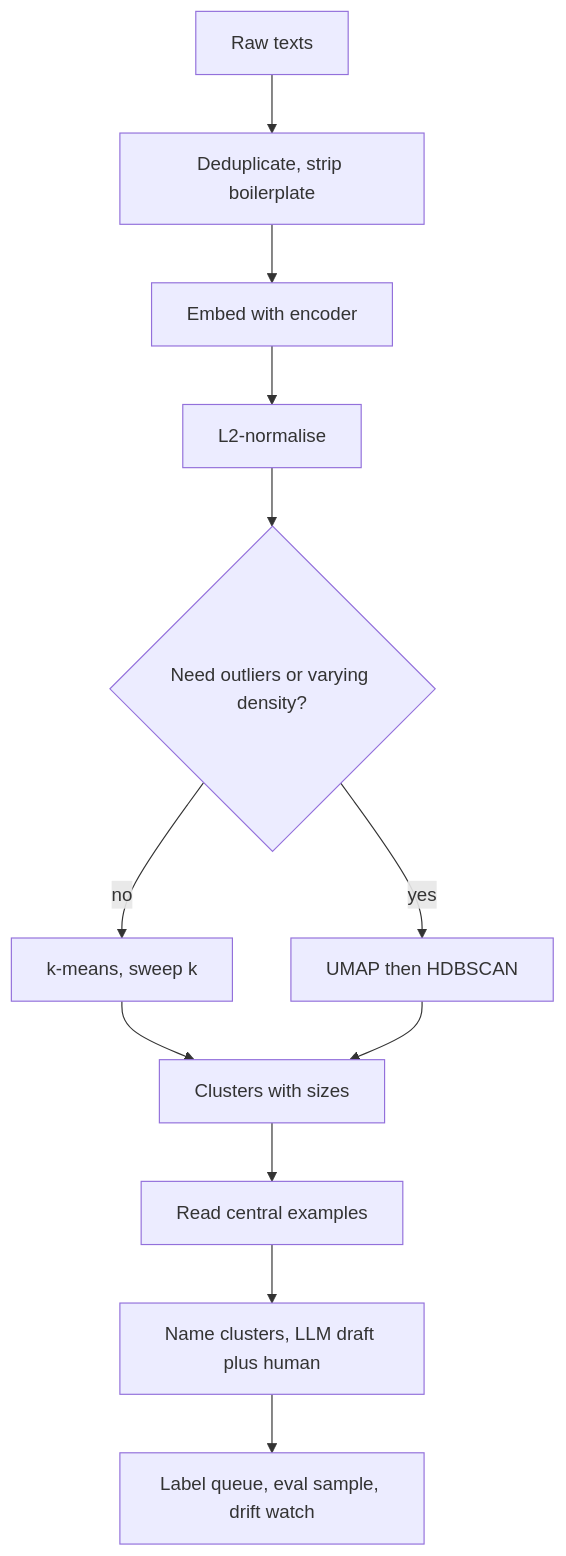
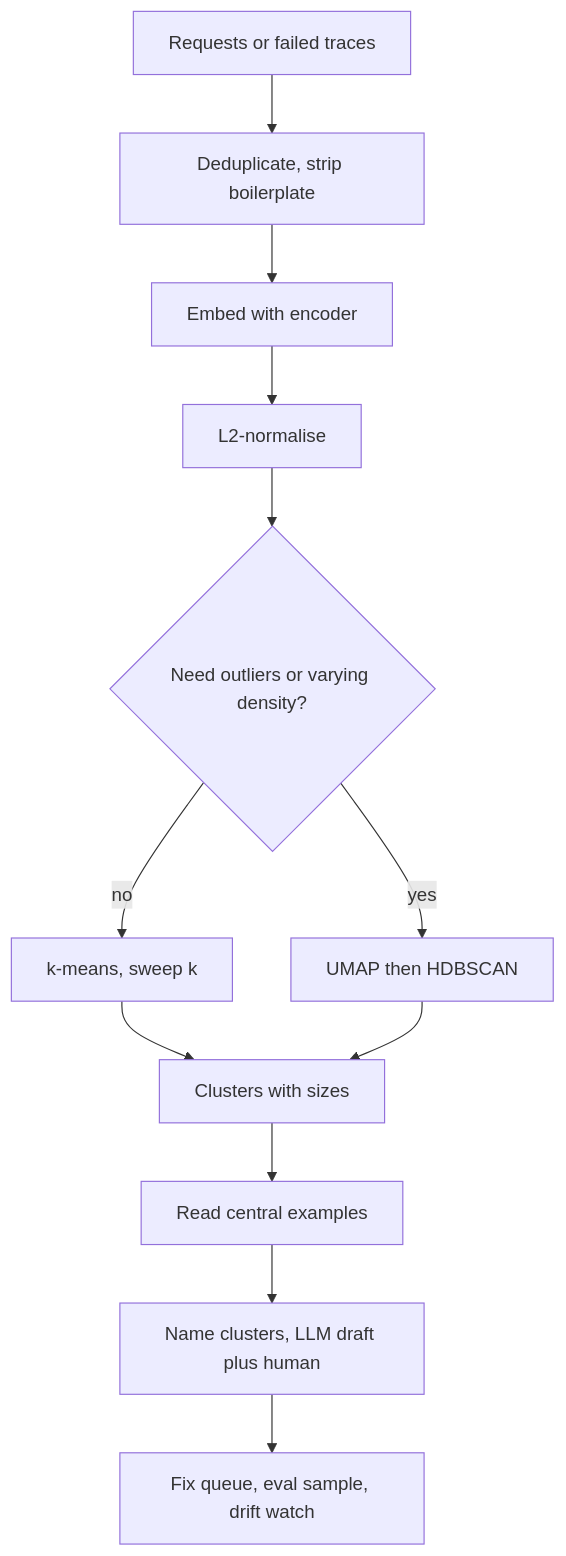
The diagram in content/ml-fundamentals/clustering.md (lovishmahajan97/agentic-learning), drawn with Mermaid before and after one commit. The commit also changed other lines of this file and 485 other files, not shown here.

````diff
--- a/content/ml-fundamentals/clustering.md
+++ b/content/ml-fundamentals/clustering.md
@@ -134,14 +152,14 @@
 ```mermaid
 flowchart TD
-    R["Raw texts"] --> DD["Deduplicate, strip boilerplate"]
+    R["Requests or failed traces"] --> DD["Deduplicate, strip boilerplate"]
     DD --> E["Embed with encoder"]
     E --> N["L2-normalise"]
     N --> Q{"Need outliers or varying density?"}
     Q -->|"no"| KM["k-means, sweep k"]
     Q -->|"yes"| UH["UMAP then HDBSCAN"]
     KM --> C["Clusters with sizes"]
     UH --> C
     C --> RD["Read central examples"]
     RD --> NM["Name clusters, LLM draft plus human"]
-    NM --> USE["Label queue, eval sample, drift watch"]
+    NM --> USE["Fix queue, eval sample, drift watch"]
 ```
````
